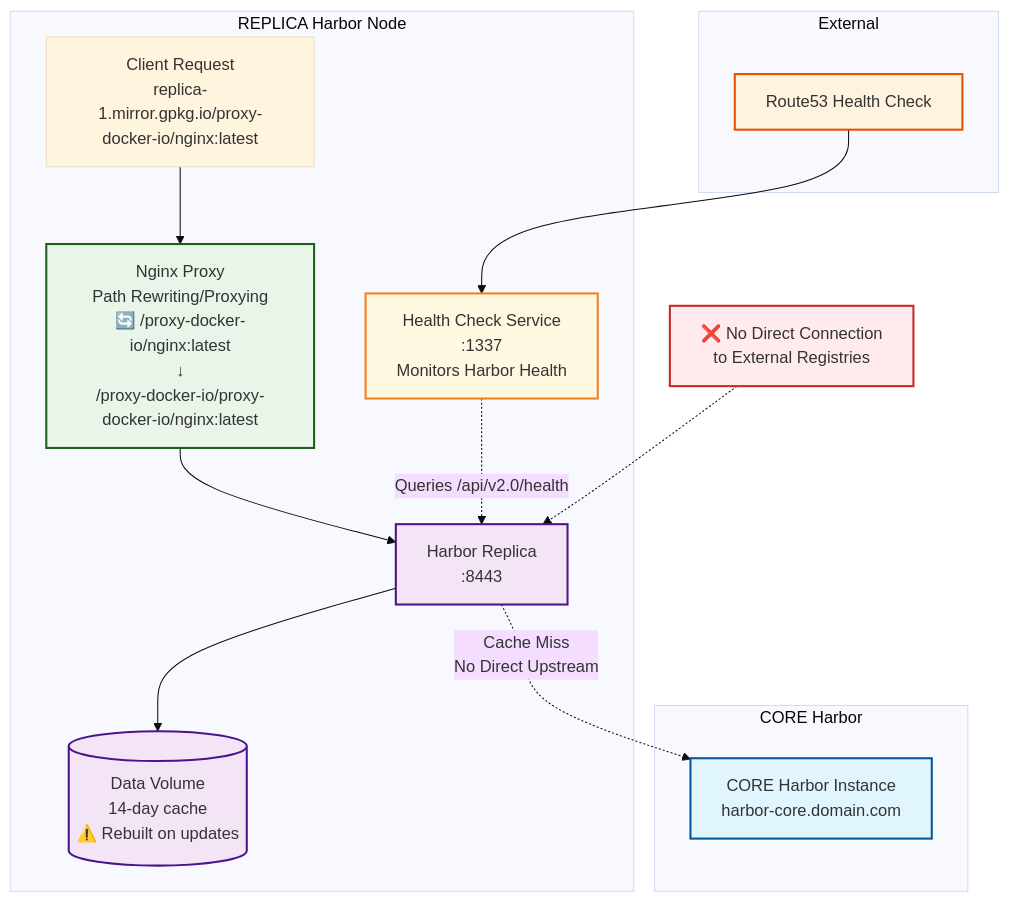
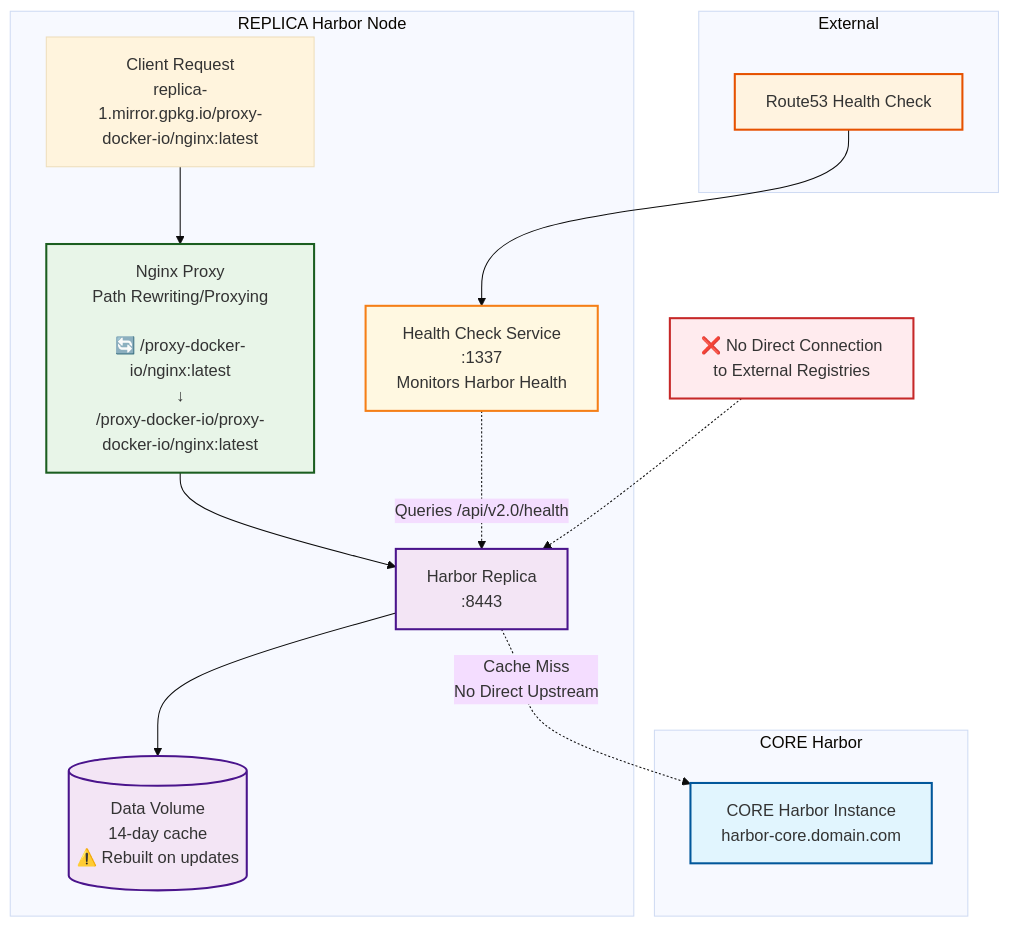
The third of 3 diagrams in README.md (GlueOps/aio-harbor-registry-cache), drawn with Mermaid (base theme) before and after one commit.

````diff
--- a/README.md
+++ b/README.md
@@ -107,44 +107,44 @@
 ```mermaid
 graph TB
     subgraph "CORE Harbor"
         CoreHarbor[CORE Harbor Instance<br/>harbor-core.domain.com]
     end
     
     subgraph "External"
         Route53[Route53 Health Check]
     end
     
     subgraph "REPLICA Harbor Node"
         Client[Client Request<br/>replica-1.mirror.gpkg.io/proxy-docker-io/nginx:latest]
-        Nginx[Nginx Proxy<br/>Path Rewriting/Proxying<br/>🔄 /proxy-docker-io/nginx:latest<br/>↓<br/>/proxy-docker-io/proxy-docker-io/nginx:latest]
+        Nginx[Nginx Proxy<br/>Path Rewriting/Proxying<br/><br/>🔄 /proxy-docker-io/nginx:latest<br/>↓<br/>/proxy-docker-io/proxy-docker-io/nginx:latest]
         Harbor[Harbor Replica<br/>:8443]
         HealthCheck[Health Check Service<br/>:1337<br/>Monitors Harbor Health]
         Storage[(Data Volume<br/>14-day cache<br/>⚠️ Rebuilt on updates)]
     end
     
     Client --> Nginx
     Nginx --> Harbor
     Harbor --> Storage
     Route53 --> HealthCheck
     HealthCheck -.->|Queries /api/v2.0/health| Harbor
     Harbor -.->|Cache Miss<br/>No Direct Upstream| CoreHarbor
     
     note1[❌ No Direct Connection<br/>to External Registries]
     note1 -.-> Harbor
     
     classDef core fill:#e1f5fe,stroke:#01579b,stroke-width:2px
     classDef proxy fill:#e8f5e8,stroke:#1b5e20,stroke-width:2px
     classDef replica fill:#f3e5f5,stroke:#4a148c,stroke-width:2px
     classDef storage fill:#f3e5f5,stroke:#4a148c,stroke-width:2px
     classDef warning fill:#ffebee,stroke:#c62828,stroke-width:2px
     classDef health fill:#fff8e1,stroke:#f57f17,stroke-width:2px
     classDef external fill:#fff3e0,stroke:#e65100,stroke-width:2px
     
     class CoreHarbor core
     class Nginx proxy
     class Harbor replica
     class Storage storage
     class note1 warning
     class HealthCheck health
     class Route53 external
 ```
````
